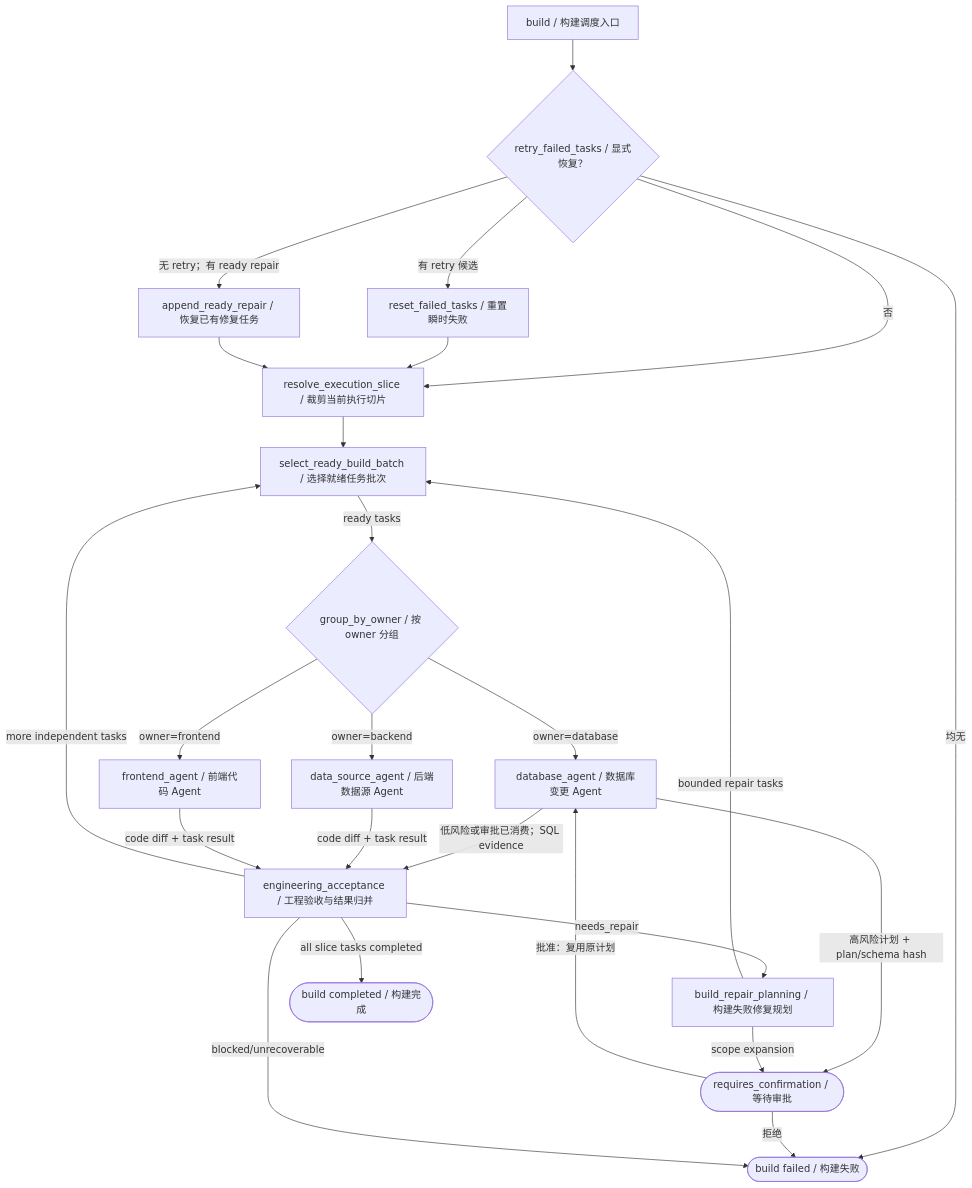
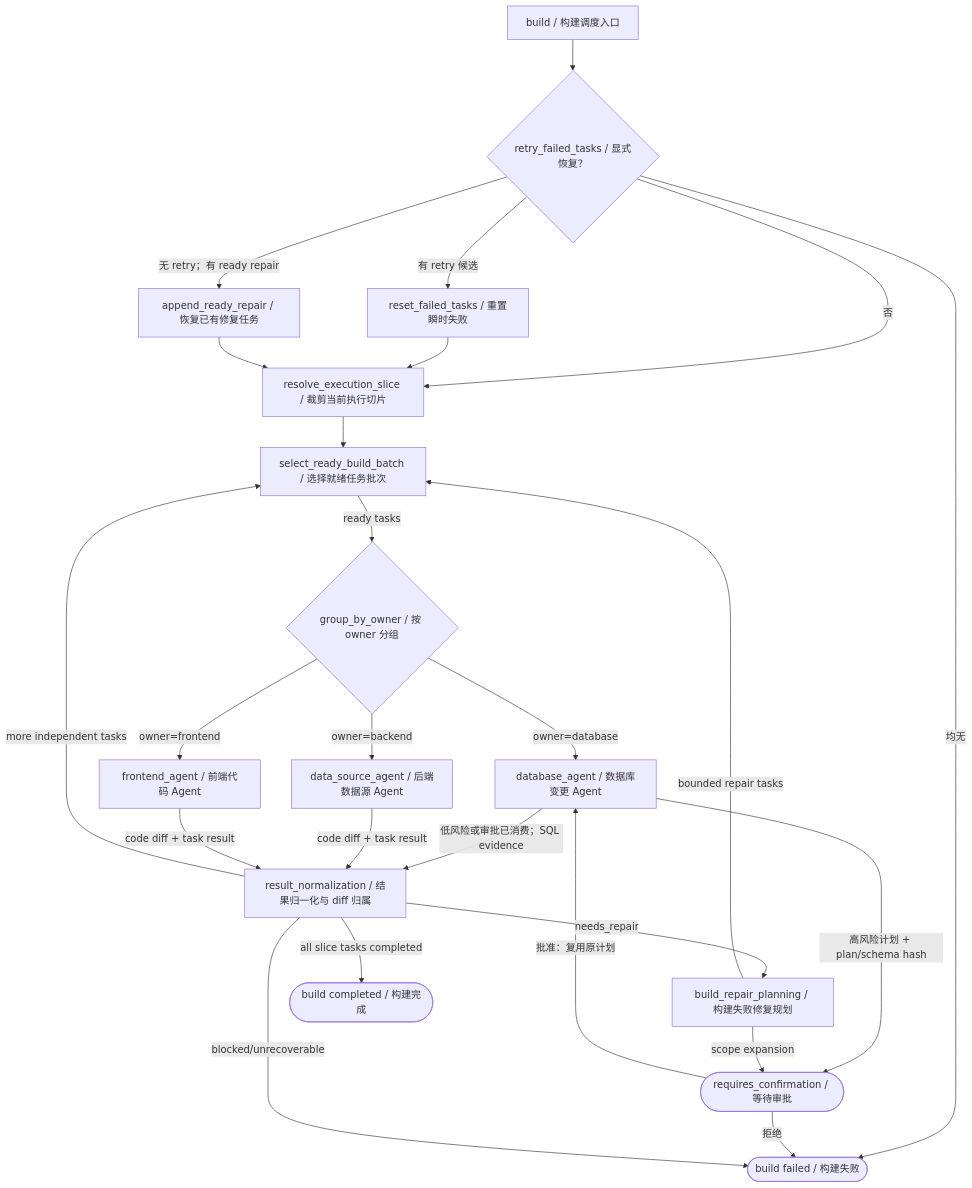
Before and after one commit to YYYWYF/XCodeAgent: the sixth of 11 diagrams in docs/XCODEAGENT_COMPLETE_WORKFLOW.md, drawn with Mermaid. The commit also changed other lines of this file and 9 other files, not shown here.

````diff
--- a/docs/XCODEAGENT_COMPLETE_WORKFLOW.md
+++ b/docs/XCODEAGENT_COMPLETE_WORKFLOW.md
@@ -410,41 +410,41 @@
 ```mermaid
 flowchart TD
     B0["build / 构建调度入口"]
     R0{"retry_failed_tasks / 显式恢复？"}
     R1["reset_failed_tasks / 重置瞬时失败"]
     R2["append_ready_repair / 恢复已有修复任务"]
     B1["resolve_execution_slice / 裁剪当前执行切片"]
     B2["select_ready_build_batch / 选择就绪任务批次"]
     B3{"group_by_owner / 按 owner 分组"}
     DB["database_agent / 数据库变更 Agent"]
     BE["data_source_agent / 后端数据源 Agent"]
     FE["frontend_agent / 前端代码 Agent"]
-    V["engineering_acceptance / 工程验收与结果归并"]
+    V["result_normalization / 结果归一化与 diff 归属"]
     RP["build_repair_planning / 构建失败修复规划"]
     PAUSE(["requires_confirmation / 等待审批"])
     DONE(["build completed / 构建完成"])
     FAIL(["build failed / 构建失败"])
 
     B0 --> R0
     R0 -->|"否"| B1
     R0 -->|"有 retry 候选"| R1 --> B1
     R0 -->|"无 retry；有 ready repair"| R2 --> B1
     R0 -->|"均无"| FAIL
     B1 --> B2
     B2 -->|"ready tasks"| B3
     B3 -->|"owner=database"| DB
     B3 -->|"owner=backend"| BE
     B3 -->|"owner=frontend"| FE
     DB -->|"低风险或审批已消费；SQL evidence"| V
     DB -->|"高风险计划 + plan/schema hash"| PAUSE
     PAUSE -->|"批准：复用原计划"| DB
     PAUSE -->|"拒绝"| FAIL
     BE -->|"code diff + task result"| V
     FE -->|"code diff + task result"| V
     V -->|"more independent tasks"| B2
     V -->|"needs_repair"| RP
     RP -->|"bounded repair tasks"| B2
     RP -->|"scope expansion"| PAUSE
     V -->|"all slice tasks completed"| DONE
     V -->|"blocked/unrecoverable"| FAIL
 ```
````
